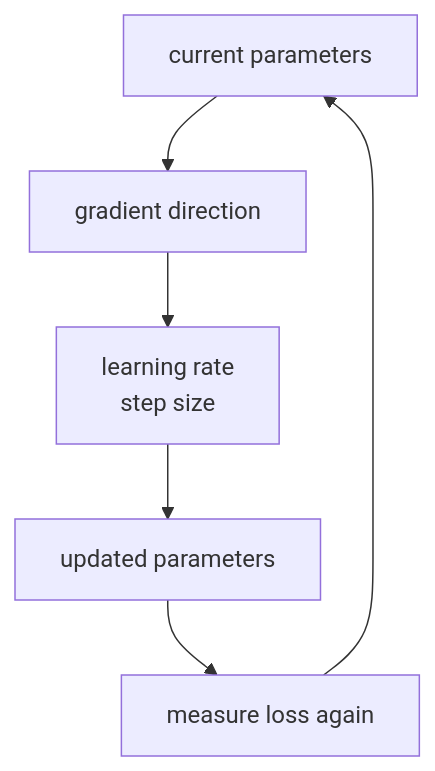
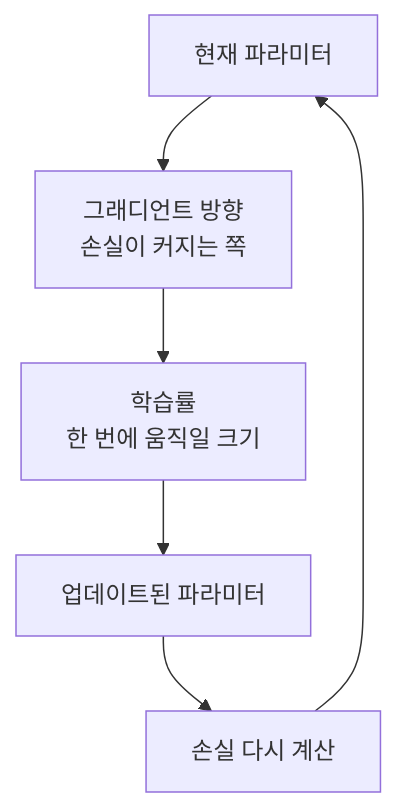
The diagram in docs/parts/part-02/chapter-06/section-03.md (devchan64/AiBook), drawn with Mermaid before and after one commit. The commit also changed 29 other files, not shown here.

Commit message:
docs: localize part 2 diagrams and locale asset links

````diff
--- a/docs/parts/part-02/chapter-06/section-03.md
+++ b/docs/parts/part-02/chapter-06/section-03.md
@@ -43,14 +43,14 @@
 ```mermaid
 flowchart TD
-  A["current parameters"]
-  B["gradient direction"]
-  C["learning rate<br/>step size"]
-  D["updated parameters"]
-  E["measure loss again"]
+  A["현재 파라미터"]
+  B["그래디언트 방향<br/>손실이 커지는 쪽"]
+  C["학습률<br/>한 번에 움직일 크기"]
+  D["업데이트된 파라미터"]
+  E["손실 다시 계산"]
 
   A --> B
   B --> C
   C --> D
   D --> E
   E --> A
 ```
````
